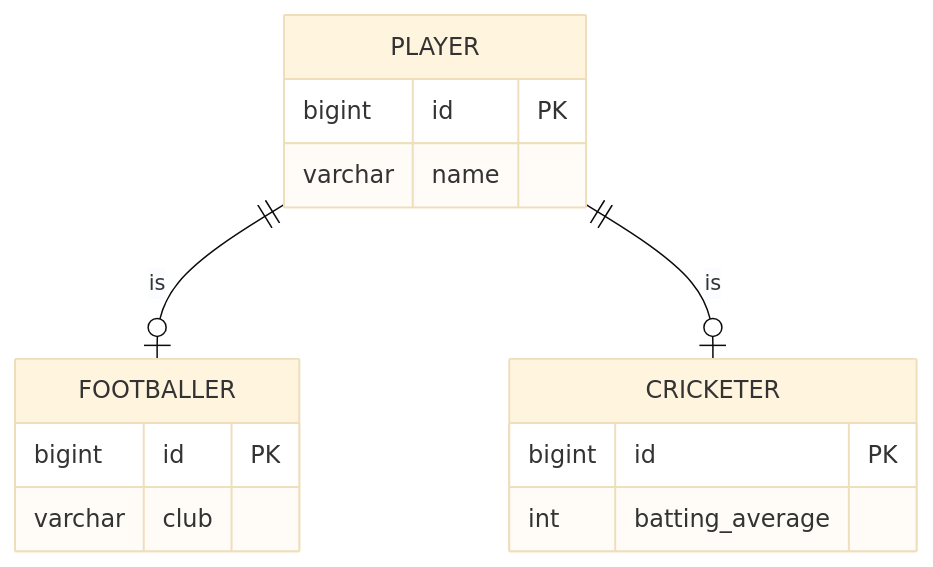
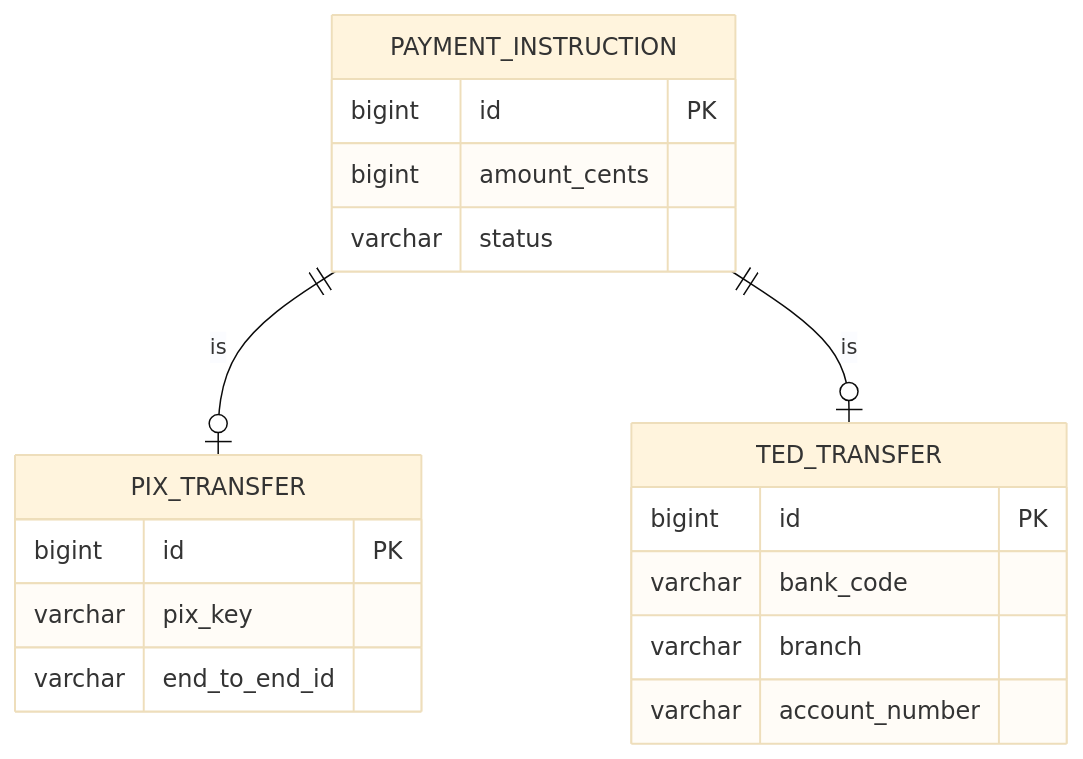
The diagram in i18n/en/docusaurus-plugin-content-docs/current/design/poeaa/object-relational-structural/class-table-inheritance.md (alancesar/design-patterns), drawn with Mermaid (base theme) before and after one commit. The commit also changed other lines of this file and 95 other files, not shown here.

First line of the commit message:
Switch PoEAA examples and diagrams to fintech scenarios

````diff
--- a/i18n/en/docusaurus-plugin-content-docs/current/design/poeaa/object-relational-structural/class-table-inheritance.md
+++ b/i18n/en/docusaurus-plugin-content-docs/current/design/poeaa/object-relational-structural/class-table-inheritance.md
@@ -52,17 +52,21 @@
 ```mermaid
 erDiagram
-    PLAYER ||--o| FOOTBALLER : is
-    PLAYER ||--o| CRICKETER : is
-    PLAYER {
+    PAYMENT_INSTRUCTION ||--o| PIX_TRANSFER : is
+    PAYMENT_INSTRUCTION ||--o| TED_TRANSFER : is
+    PAYMENT_INSTRUCTION {
         bigint id PK
-        varchar name
+        bigint amount_cents
+        varchar status
     }
-    FOOTBALLER {
+    PIX_TRANSFER {
         bigint id PK
-        varchar club
+        varchar pix_key
+        varchar end_to_end_id
     }
-    CRICKETER {
+    TED_TRANSFER {
         bigint id PK
-        int batting_average
+        varchar bank_code
+        varchar branch
+        varchar account_number
     }
 ```
````
